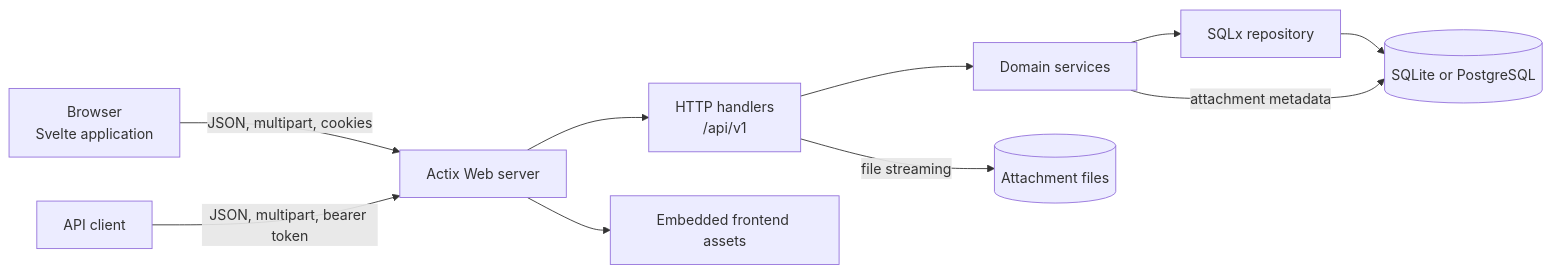
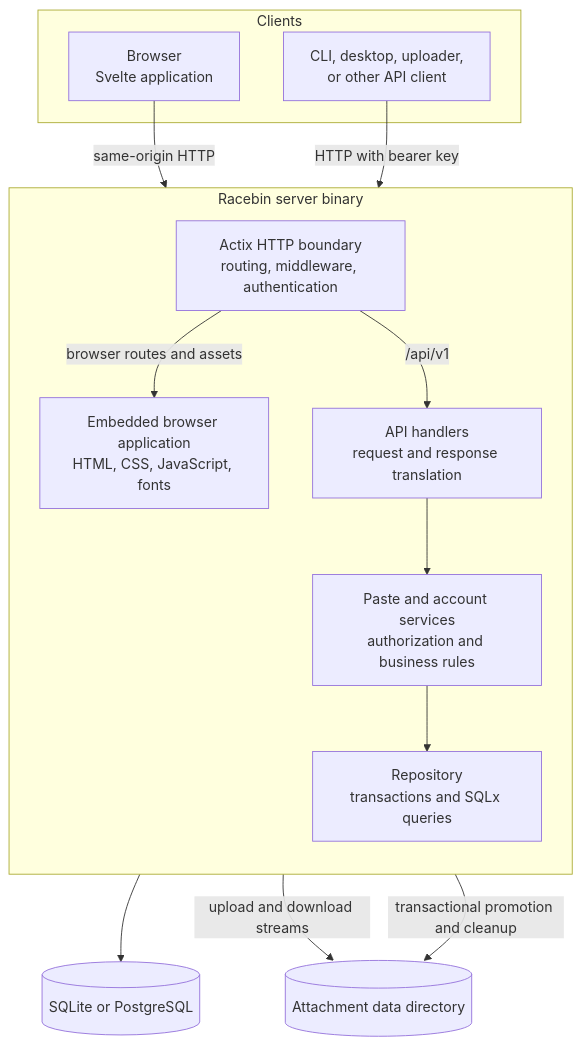
One commit to ostrich/racebin changed the first of 2 diagrams in docs/architecture.md. Above: the diagram before and after it, drawn with Mermaid. The commit also changed other lines of this file, not shown here.

Commit message:
Clarify architecture diagrams

````diff
--- a/docs/architecture.md
+++ b/docs/architecture.md
@@ -27,22 +27,30 @@
 ```mermaid
-flowchart LR
-    Browser["Browser<br>Svelte application"]
-    Client["API client"]
-    Actix["Actix Web server"]
-    HTTP["HTTP handlers<br>/api/v1"]
-    Service["Domain services"]
-    Repository["SQLx repository"]
+flowchart TB
+    subgraph Clients
+        Browser["Browser<br>Svelte application"]
+        Client["CLI, desktop, uploader,<br>or other API client"]
+    end
+
+    subgraph Binary["Racebin server binary"]
+        direction TB
+        Boundary["Actix HTTP boundary<br>routing, middleware, authentication"]
+        Assets["Embedded browser application<br>HTML, CSS, JavaScript, fonts"]
+        Handlers["API handlers<br>request and response translation"]
+        Domain["Paste and account services<br>authorization and business rules"]
+        Repository["Repository<br>transactions and SQLx queries"]
+
+        Boundary -->|browser routes and assets| Assets
+        Boundary -->|/api/v1| Handlers
+        Handlers --> Domain
+        Domain --> Repository
+    end
+
     Database[("SQLite or PostgreSQL")]
-    Files[("Attachment files")]
-    Assets["Embedded frontend assets"]
+    Files[("Attachment data directory")]
 
-    Browser -->|JSON, multipart, cookies| Actix
-    Client -->|JSON, multipart, bearer token| Actix
-    Actix --> HTTP
-    Actix --> Assets
-    HTTP --> Service
-    HTTP -->|file streaming| Files
-    Service --> Repository
+    Browser -->|same-origin HTTP| Boundary
+    Client -->|HTTP with bearer key| Boundary
     Repository --> Database
-    Service -->|attachment metadata| Database
+    Handlers -->|upload and download streams| Files
+    Domain -->|transactional promotion and cleanup| Files
 ```
````
